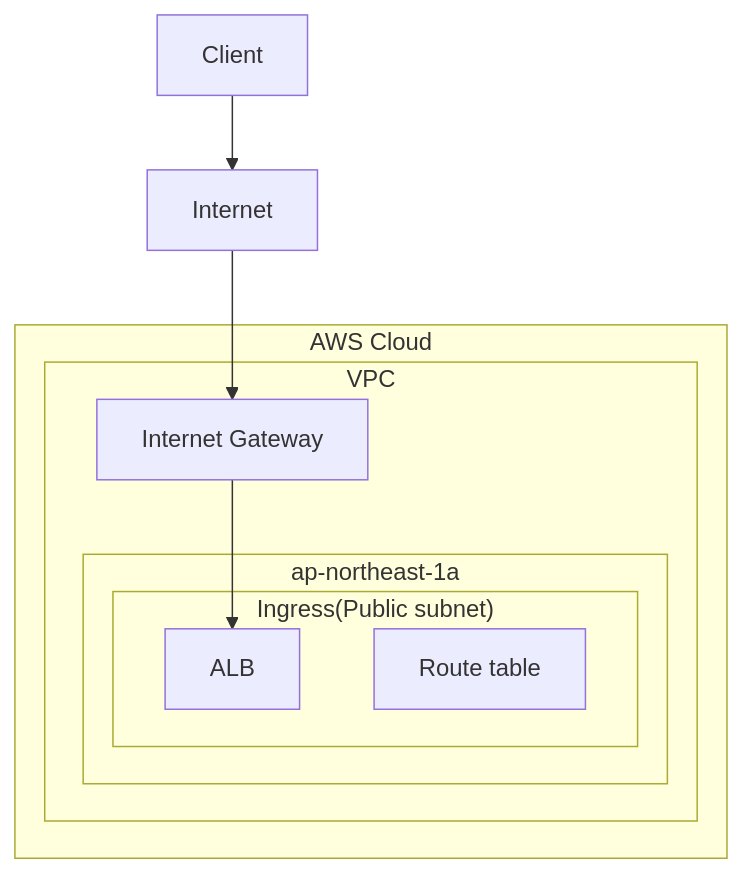
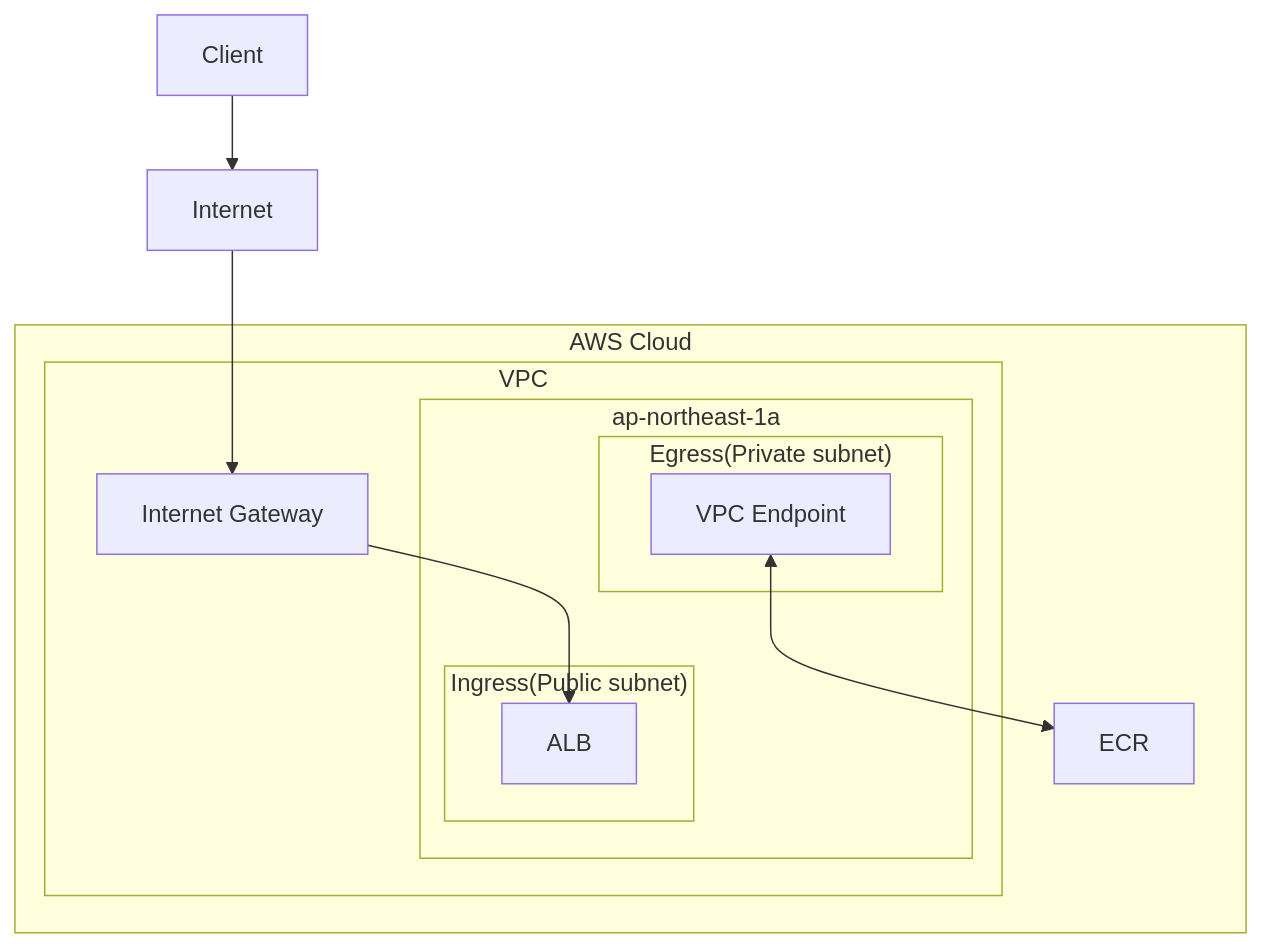
The diagram in infrastructure/cdk/notion-clone/docs/architecture-diagram.md (suimenkathemove/notion-clone), drawn with Mermaid before and after one commit.

````diff
--- a/infrastructure/cdk/notion-clone/docs/architecture-diagram.md
+++ b/infrastructure/cdk/notion-clone/docs/architecture-diagram.md
@@ -3,19 +3,23 @@
 ```mermaid
 flowchart TB
 
 Client --> Internet
 Internet --> internet-gateway
 internet-gateway --> ALB
+egress-vpc-endpoint <--> ECR
 
 subgraph aws-cloud[AWS Cloud]
   subgraph vpc[VPC]
     internet-gateway[Internet Gateway]
     subgraph ap-northeast-1a
       subgraph ingress["Ingress(Public subnet)"]
         ALB
-        route-table[Route table]
+      end
+      subgraph egress["Egress(Private subnet)"]
+        egress-vpc-endpoint[VPC Endpoint]
       end
     end
   end
+  ECR
 end
 ```
````
